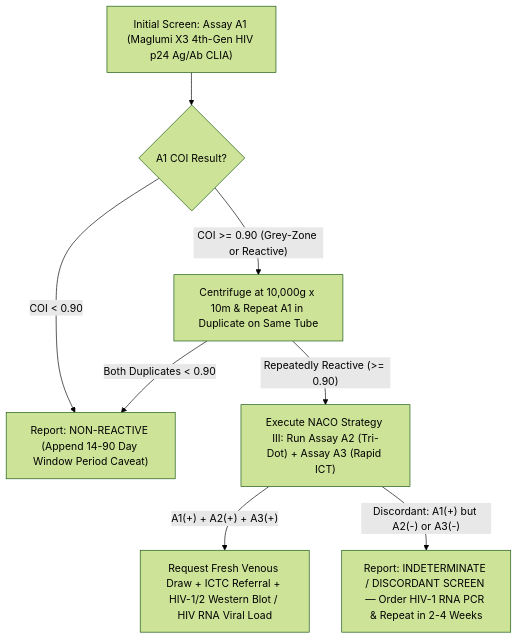
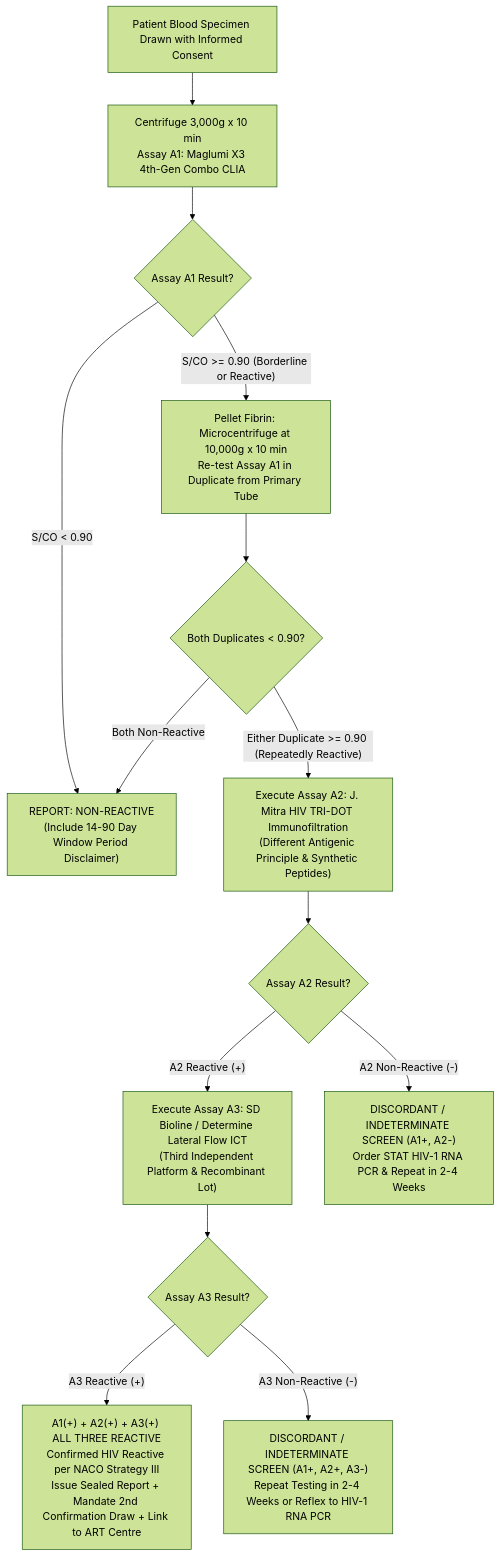
The third of 3 diagrams in 04_Serology_Infectious_Diseases_and_Immunology/4.2_Viral_Markers_HIV_Hepatitis_Syphilis_TORCH_and_EBV_Cluster/4.2.1_HIV_1_and_2_4th_Gen_Ag_Ab_Combo_CLIA_and_NACO_3_Test_Confirmatory_Shield.md (sawariyadiagnostic/references-and-interpretations), drawn with Mermaid (forest theme) before and after one commit. The commit also changed other lines of this file and 4 other files, not shown here.

Commit message:
feat(serology): red-team international & above-NABL upgrade of Batch 35 Viral Markers Overview, HIV 4th Gen Combo, HBsAg Neutralization, Anti-HBs Quantitative, HBeAg/Anti-HBe

````diff
--- a/04_Serology_Infectious_Diseases_and_Immunology/4.2_Viral_Markers_HIV_Hepatitis_Syphilis_TORCH_and_EBV_Cluster/4.2.1_HIV_1_and_2_4th_Gen_Ag_Ab_Combo_CLIA_and_NACO_3_Test_Confirmatory_Shield.md
+++ b/04_Serology_Infectious_Diseases_and_Immunology/4.2_Viral_Markers_HIV_Hepatitis_Syphilis_TORCH_and_EBV_Cluster/4.2.1_HIV_1_and_2_4th_Gen_Ag_Ab_Combo_CLIA_and_NACO_3_Test_Confirmatory_Shield.md
@@ -48,10 +181,20 @@
 ```mermaid
 flowchart TD
-    A["Initial Screen: Assay A1 (Maglumi X3 4th-Gen HIV p24 Ag/Ab CLIA)"] --> B{"A1 COI Result?"}
-    B -->|"COI < 0.90"| C["Report: NON-REACTIVE (Append 14-90 Day Window Period Caveat)"]
-    B -->|"COI >= 0.90 (Grey-Zone or Reactive)"| D["Centrifuge at 10,000g x 10m & Repeat A1 in Duplicate on Same Tube"]
-    D -->|"Both Duplicates < 0.90"| C
-    D -->|"Repeatedly Reactive (>= 0.90)"| E["Execute NACO Strategy III: Run Assay A2 (Tri-Dot) + Assay A3 (Rapid ICT)"]
-    E -->|"A1(+) + A2(+) + A3(+)"| F["Request Fresh Venous Draw + ICTC Referral + HIV-1/2 Western Blot / HIV RNA Viral Load"]
-    E -->|"Discordant: A1(+) but A2(-) or A3(-)"| G["Report: INDETERMINATE / DISCORDANT SCREEN — Order HIV-1 RNA PCR & Repeat in 2-4 Weeks"]
+    A["Patient Blood Specimen Drawn with Informed Consent"] --> B["Centrifuge 3,000g x 10 min\nAssay A1: Maglumi X3 4th-Gen Combo CLIA"]
+    B --> C{"Assay A1 Result?"}
+    
+    C -->|"S/CO < 0.90"| D["REPORT: NON-REACTIVE\n(Include 14-90 Day Window Period Disclaimer)"]
+    C -->|"S/CO >= 0.90 (Borderline or Reactive)"| E["Pellet Fibrin: Microcentrifuge at 10,000g x 10 min\nRe-test Assay A1 in Duplicate from Primary Tube"]
+    
+    E --> F{"Both Duplicates < 0.90?"}
+    F -->|"Both Non-Reactive"| D
+    F -->|"Either Duplicate >= 0.90 (Repeatedly Reactive)"| G["Execute Assay A2: J. Mitra HIV TRI-DOT Immunofiltration\n(Different Antigenic Principle & Synthetic Peptides)"]
+    
+    G --> H{"Assay A2 Result?"}
+    H -->|"A2 Reactive (+)"| I["Execute Assay A3: SD Bioline / Determine Lateral Flow ICT\n(Third Independent Platform & Recombinant Lot)"]
+    H -->|"A2 Non-Reactive (-)"| J["DISCORDANT / INDETERMINATE SCREEN (A1+, A2-)\nOrder STAT HIV-1 RNA PCR & Repeat in 2-4 Weeks"]
+    
+    I --> K{"Assay A3 Result?"}
+    K -->|"A3 Reactive (+)"| L["A1(+) + A2(+) + A3(+) ALL THREE REACTIVE\nConfirmed HIV Reactive per NACO Strategy III\nIssue Sealed Report + Mandate 2nd Confirmation Draw + Link to ART Centre"]
+    K -->|"A3 Non-Reactive (-)"| M["DISCORDANT / INDETERMINATE SCREEN (A1+, A2+, A3-)\nRepeat Testing in 2-4 Weeks or Reflex to HIV-1 RNA PCR"]
 ```
````
